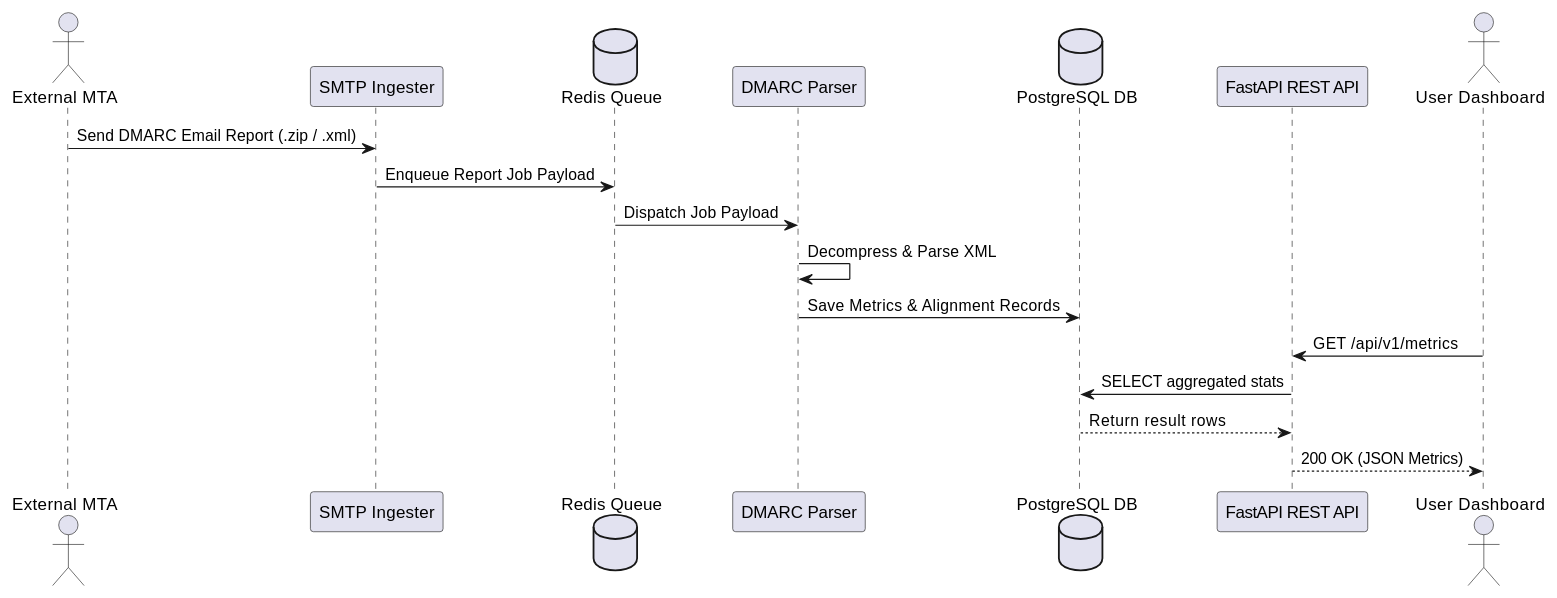
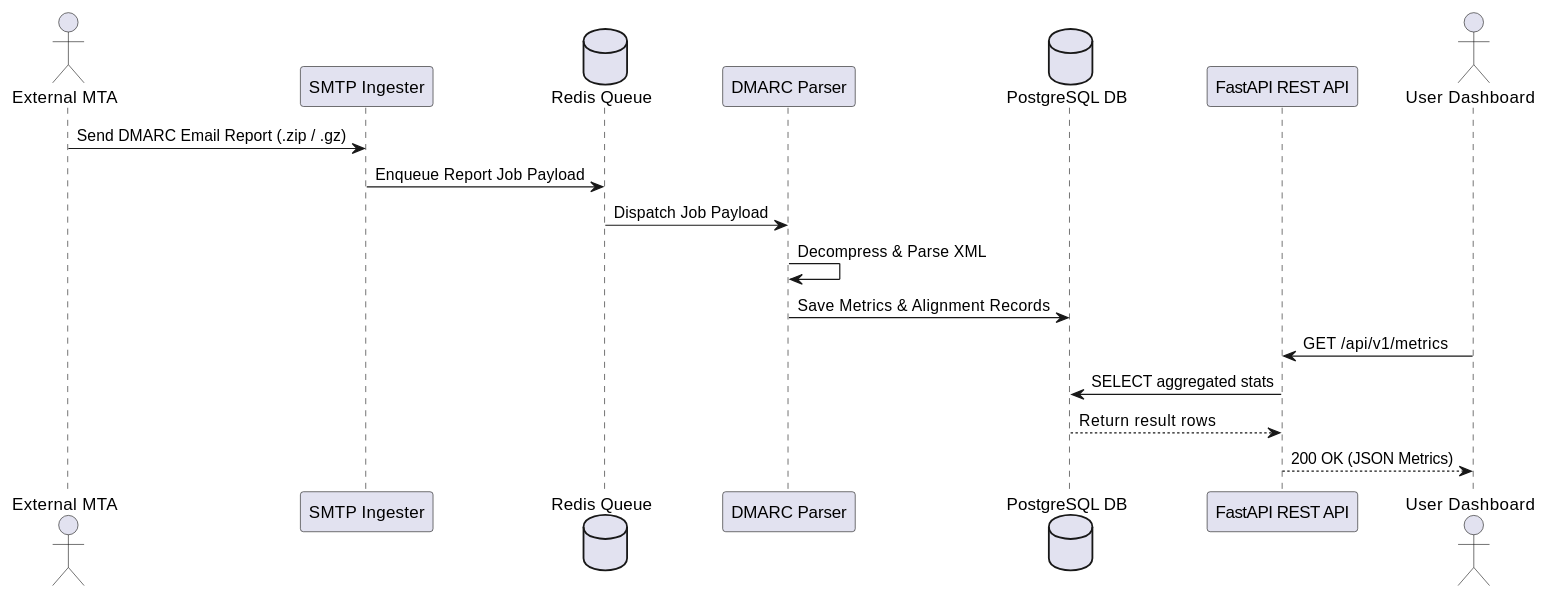
The diagram in docs/arc42/06-runtime-view.adoc (Eidolf/ER-DMARC-Monitor), drawn with PlantUML before and after one commit. The commit also changed 2 other files, not shown here.

Commit message:
fix: align plantuml diagram formats and refine asciidoctor diagram probing

```diff
--- a/docs/arc42/06-runtime-view.adoc
+++ b/docs/arc42/06-runtime-view.adoc
@@ -9,22 +9,22 @@
 [plantuml, runtime-ingestion-sequence, svg]
 ----
 @startuml
 actor "External MTA" as mta
 participant "SMTP Ingester" as smtp
 database "Redis Queue" as redis
 participant "DMARC Parser" as parser
 database "PostgreSQL DB" as db
 participant "FastAPI REST API" as api
 actor "User Dashboard" as ui
 
-mta -> smtp : Send DMARC Email Report (.zip / .xml)
+mta -> smtp : Send DMARC Email Report (.zip / .gz)
 smtp -> redis : Enqueue Report Job Payload
 redis -> parser : Dispatch Job Payload
 parser -> parser : Decompress & Parse XML
 parser -> db : Save Metrics & Alignment Records
 ui -> api : GET /api/v1/metrics
 api -> db : SELECT aggregated stats
 db --> api : Return result rows
 api --> ui : 200 OK (JSON Metrics)
 @enduml
 ----
```
